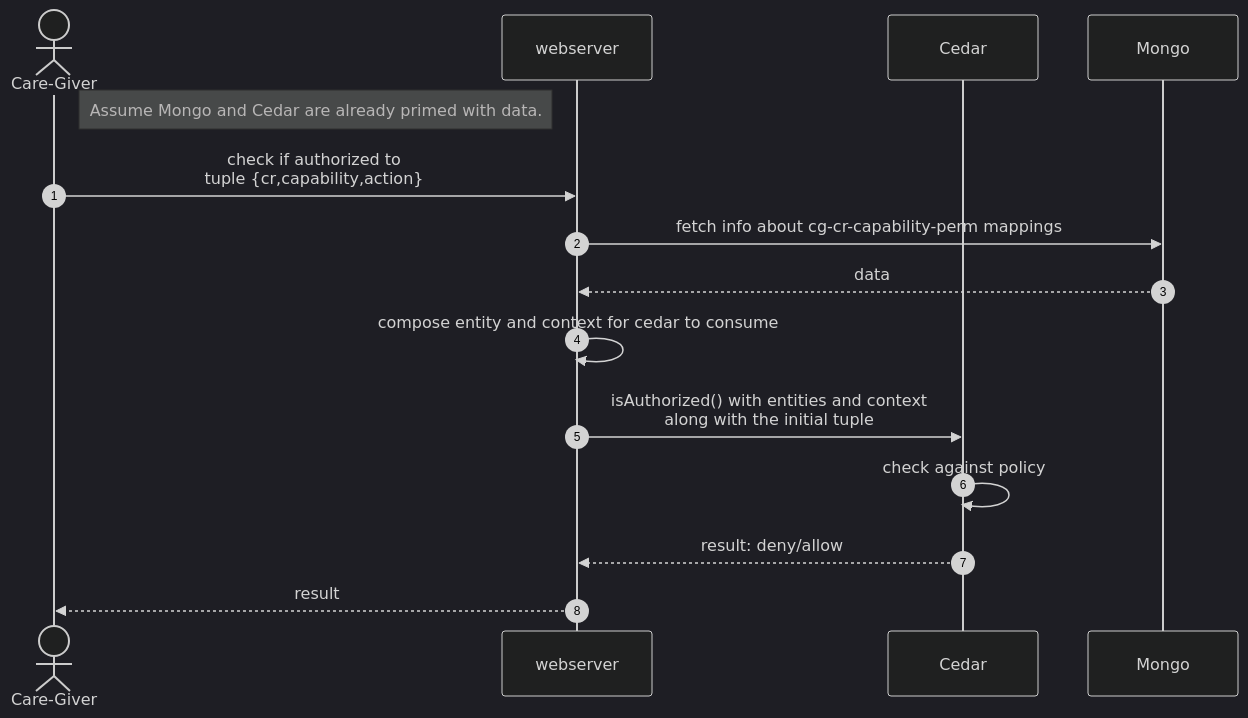
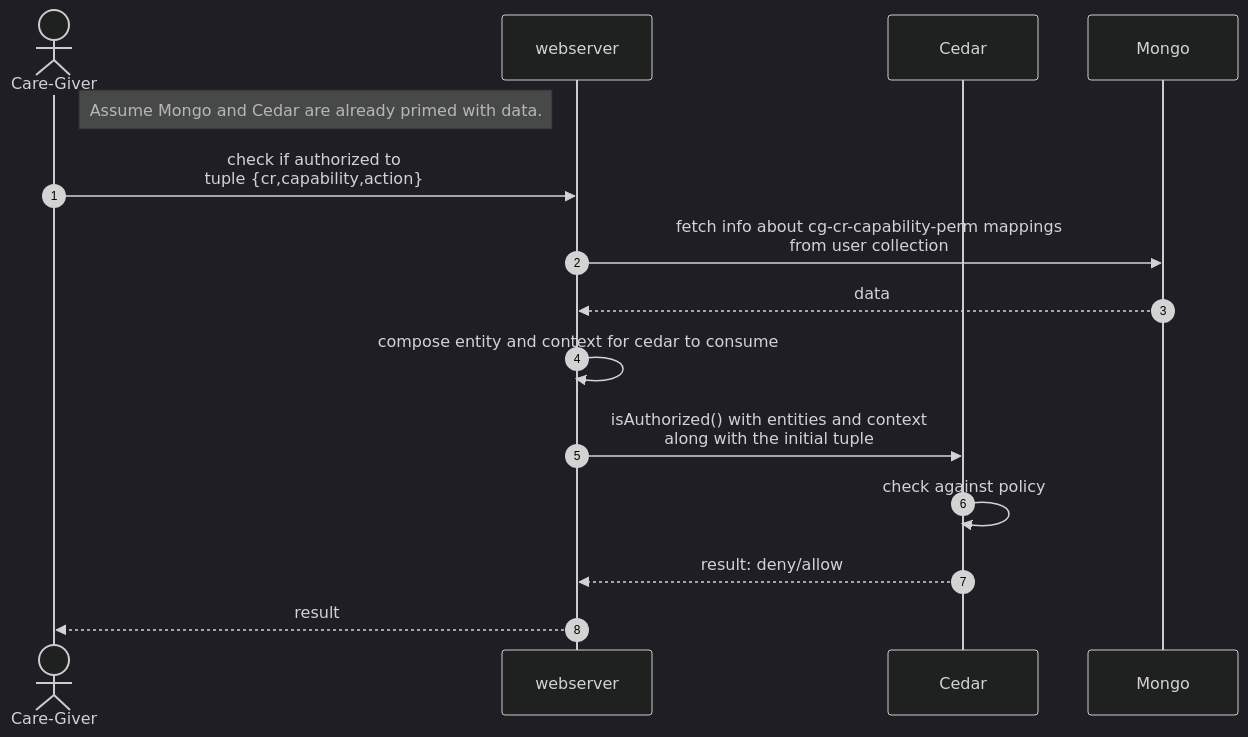
One commit to tomkaith13/mongo-cedar changed the second of 2 diagrams in Readme.md. Above: the diagram before and after it, drawn with Mermaid (dark theme).

Commit message:
added changes to readme

````diff
--- a/Readme.md
+++ b/Readme.md
@@ -83,22 +83,22 @@
 ```mermaid
 sequenceDiagram
     autonumber
     actor cg as Care-Giver
     participant app as webserver
     participant authz as Cedar
     participant db as Mongo
 
     note right of cg: Assume Mongo and Cedar are already primed with data.
     cg ->> app: check if authorized to <br/> tuple {cr,capability,action}
-    app->>db: fetch info about cg-cr-capability-perm mappings
+    app->>db: fetch info about cg-cr-capability-perm mappings <br/> from user collection
     db-->>app: data
     app->>app: compose entity and context for cedar to consume
     app->>authz: isAuthorized() with entities and context <br/> along with the initial tuple
     authz->>authz: check against policy
     authz-->>app: result: deny/allow
     app-->>cg: result
 
     
     
     
 ```
````
